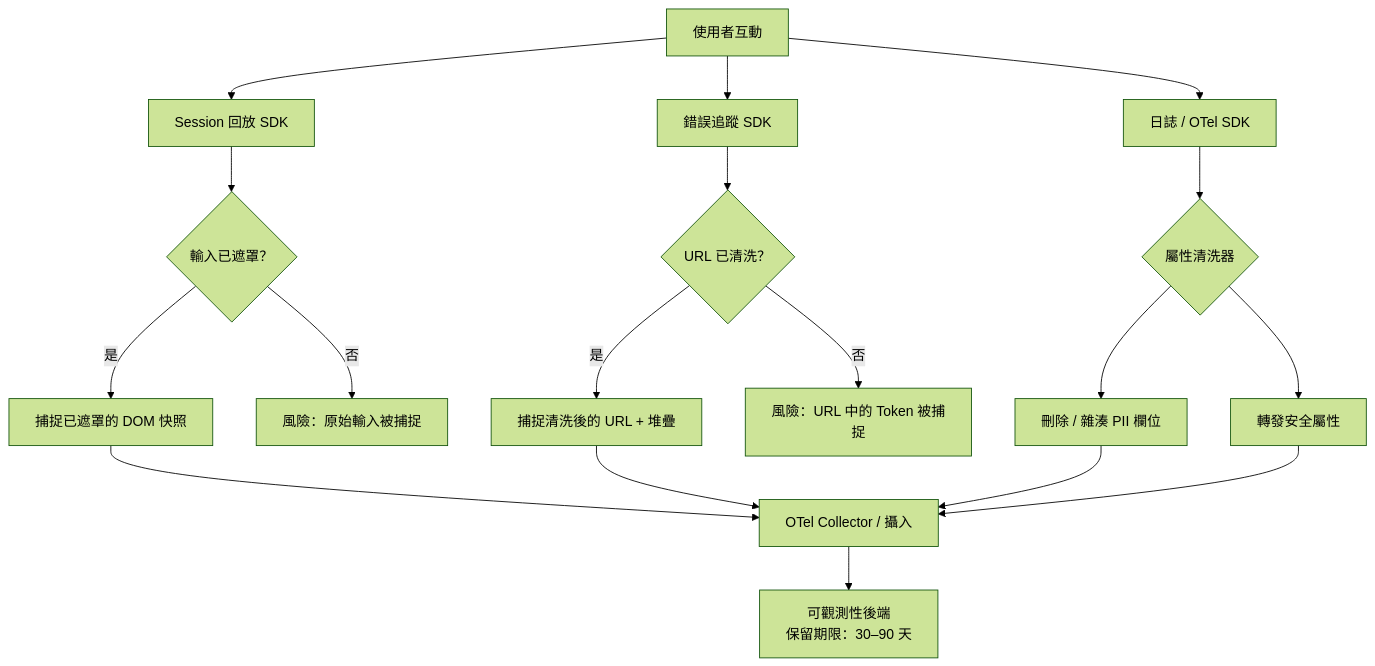
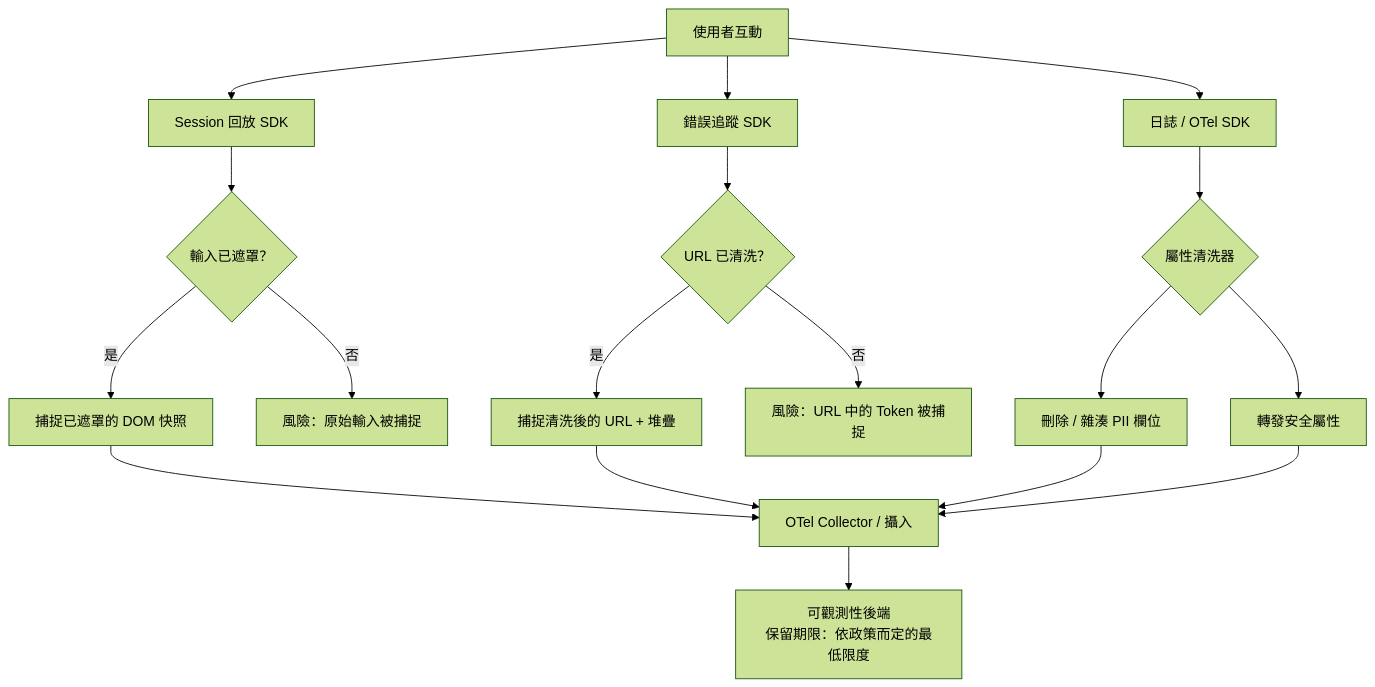
One commit to alivedise/frontend-engineering-essentials changed the diagram in docs/zh-tw/Observability and Error Tracking/1409.md. Above: the diagram before and after it, drawn with Mermaid (forest theme). The commit also changed other lines of this file and 1 other file, not shown here.

````diff
--- a/docs/zh-tw/Observability and Error Tracking/1409.md
+++ b/docs/zh-tw/Observability and Error Tracking/1409.md
@@ -180,24 +28,24 @@
 ```mermaid
 flowchart TD
     A[使用者互動] --> B[Session 回放 SDK]
     A --> C[錯誤追蹤 SDK]
     A --> D[日誌 / OTel SDK]
 
     B --> E{輸入已遮罩？}
     E -->|是| F[捕捉已遮罩的 DOM 快照]
     E -->|否| G[風險：原始輸入被捕捉]
 
     C --> H{URL 已清洗？}
     H -->|是| I[捕捉清洗後的 URL + 堆疊]
     H -->|否| J[風險：URL 中的 Token 被捕捉]
 
     D --> K{屬性清洗器}
     K --> L[刪除 / 雜湊 PII 欄位]
     K --> M[轉發安全屬性]
 
     F --> N[OTel Collector / 攝入]
     I --> N
     L --> N
     M --> N
-    N --> O[可觀測性後端\n保留期限：30–90 天]
+    N --> O[可觀測性後端\n保留期限：依政策而定的最低限度]
 ```
````
